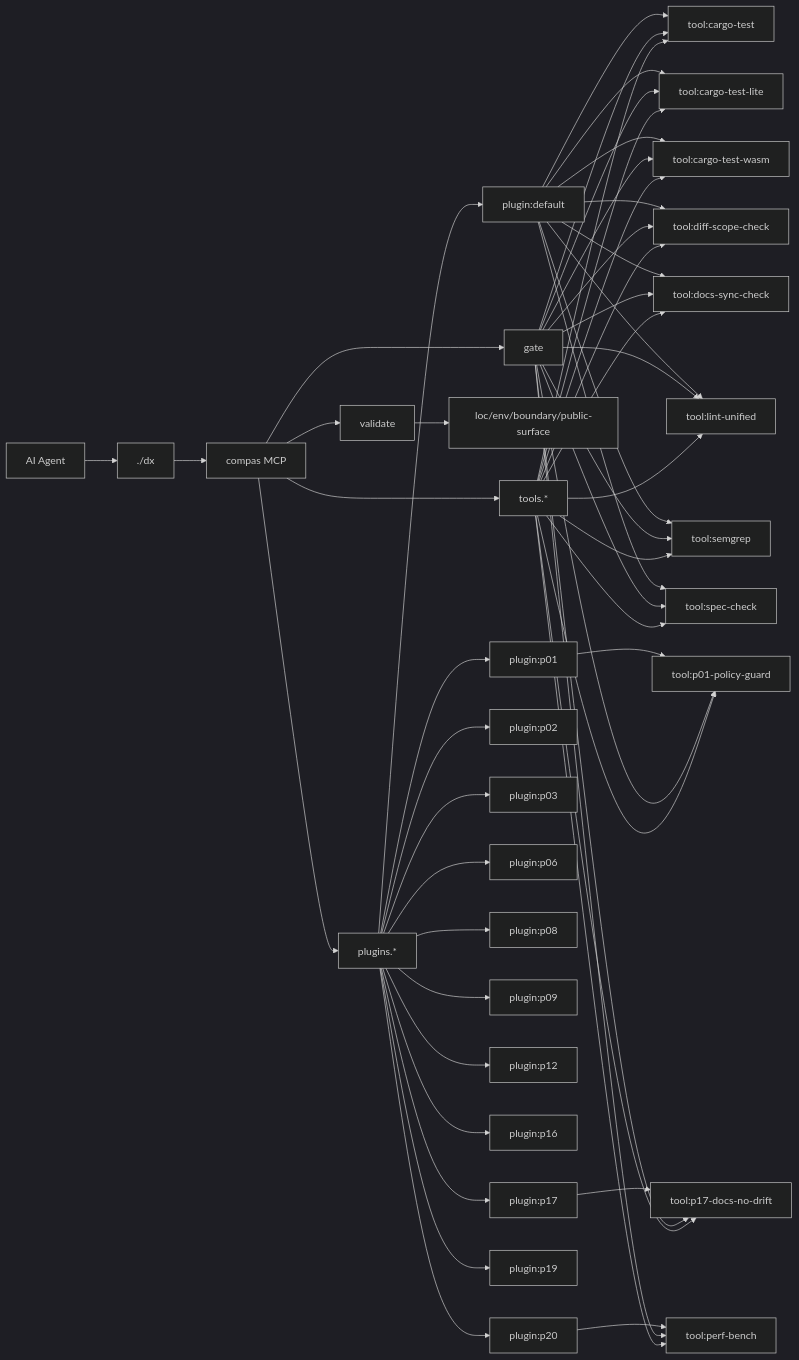
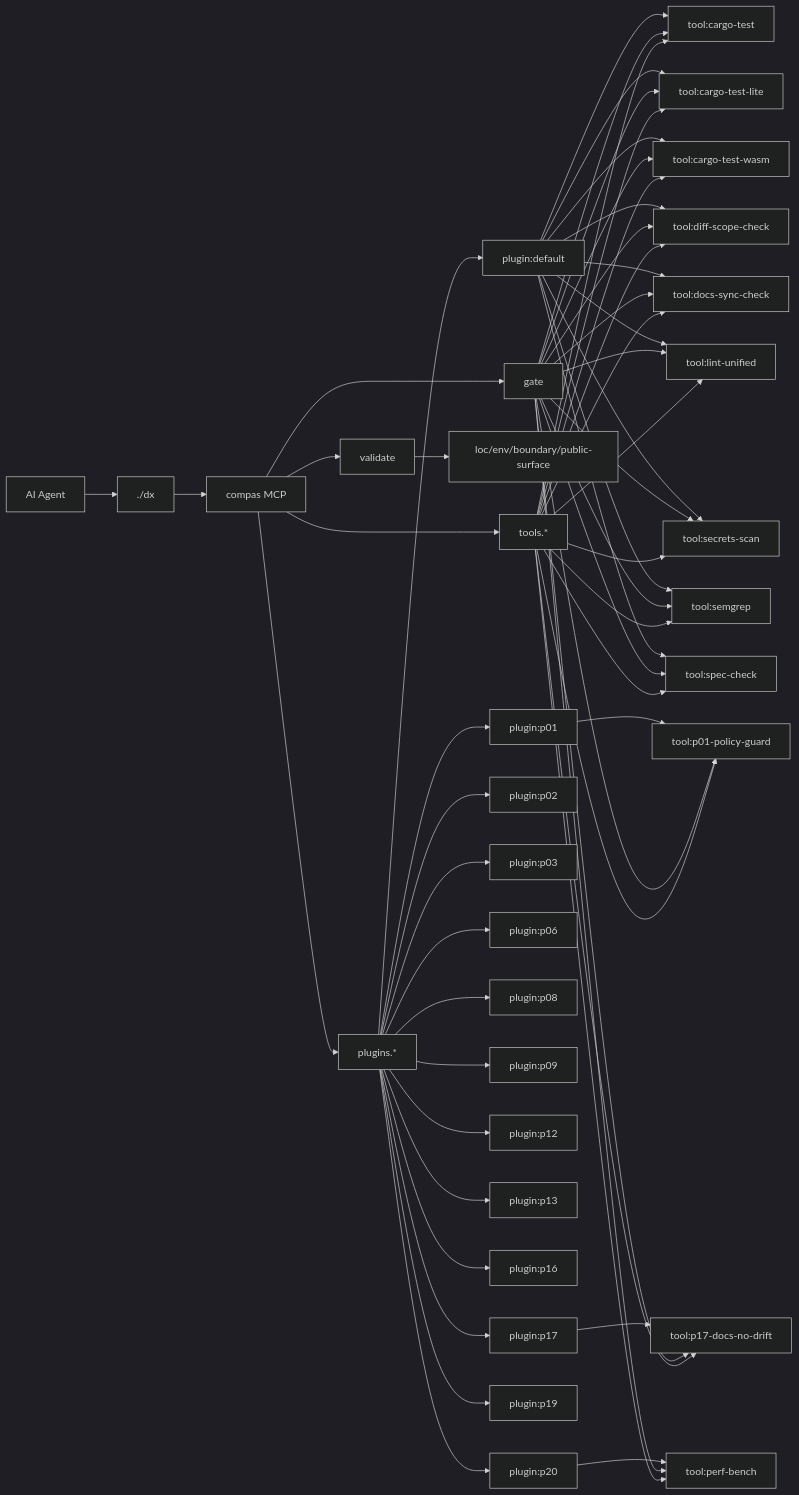
Before and after one commit to AmirTlinov/compas: the diagram in AGENTS.md, drawn with Mermaid (dark theme). The commit also changed other lines of this file and 5 other files, not shown here.

````diff
--- a/AGENTS.md
+++ b/AGENTS.md
@@ -68,55 +70,59 @@
 ```mermaid
 flowchart LR
   Agent[AI Agent] --> DX[./dx]
   DX --> MCP[compas MCP]
   MCP --> V[validate]
   MCP --> G[gate]
   MCP --> PL[plugins.*]
   MCP --> TL[tools.*]
   V --> C1[loc/env/boundary/public-surface]
   PL --> P_default["plugin:default"]
   P_default --> T_cargo_test["tool:cargo-test"]
   G --> T_cargo_test
   P_default --> T_cargo_test_lite["tool:cargo-test-lite"]
   G --> T_cargo_test_lite
   P_default --> T_cargo_test_wasm["tool:cargo-test-wasm"]
   G --> T_cargo_test_wasm
   P_default --> T_diff_scope_check["tool:diff-scope-check"]
   G --> T_diff_scope_check
   P_default --> T_docs_sync_check["tool:docs-sync-check"]
   G --> T_docs_sync_check
   P_default --> T_lint_unified["tool:lint-unified"]
   G --> T_lint_unified
+  P_default --> T_secrets_scan["tool:secrets-scan"]
+  G --> T_secrets_scan
   P_default --> T_semgrep["tool:semgrep"]
   G --> T_semgrep
   P_default --> T_spec_check["tool:spec-check"]
   G --> T_spec_check
   PL --> P_p01["plugin:p01"]
   P_p01 --> T_p01_policy_guard["tool:p01-policy-guard"]
   G --> T_p01_policy_guard
   PL --> P_p02["plugin:p02"]
   PL --> P_p03["plugin:p03"]
   PL --> P_p06["plugin:p06"]
   PL --> P_p08["plugin:p08"]
   PL --> P_p09["plugin:p09"]
   PL --> P_p12["plugin:p12"]
+  PL --> P_p13["plugin:p13"]
   PL --> P_p16["plugin:p16"]
   PL --> P_p17["plugin:p17"]
   P_p17 --> T_p17_docs_no_drift["tool:p17-docs-no-drift"]
   G --> T_p17_docs_no_drift
   PL --> P_p19["plugin:p19"]
   PL --> P_p20["plugin:p20"]
   P_p20 --> T_perf_bench["tool:perf-bench"]
   G --> T_perf_bench
   TL --> T_cargo_test
   TL --> T_cargo_test_lite
   TL --> T_cargo_test_wasm
   TL --> T_diff_scope_check
   TL --> T_docs_sync_check
   TL --> T_lint_unified
   TL --> T_p01_policy_guard
   TL --> T_p17_docs_no_drift
   TL --> T_perf_bench
+  TL --> T_secrets_scan
   TL --> T_semgrep
   TL --> T_spec_check
 ```
````
